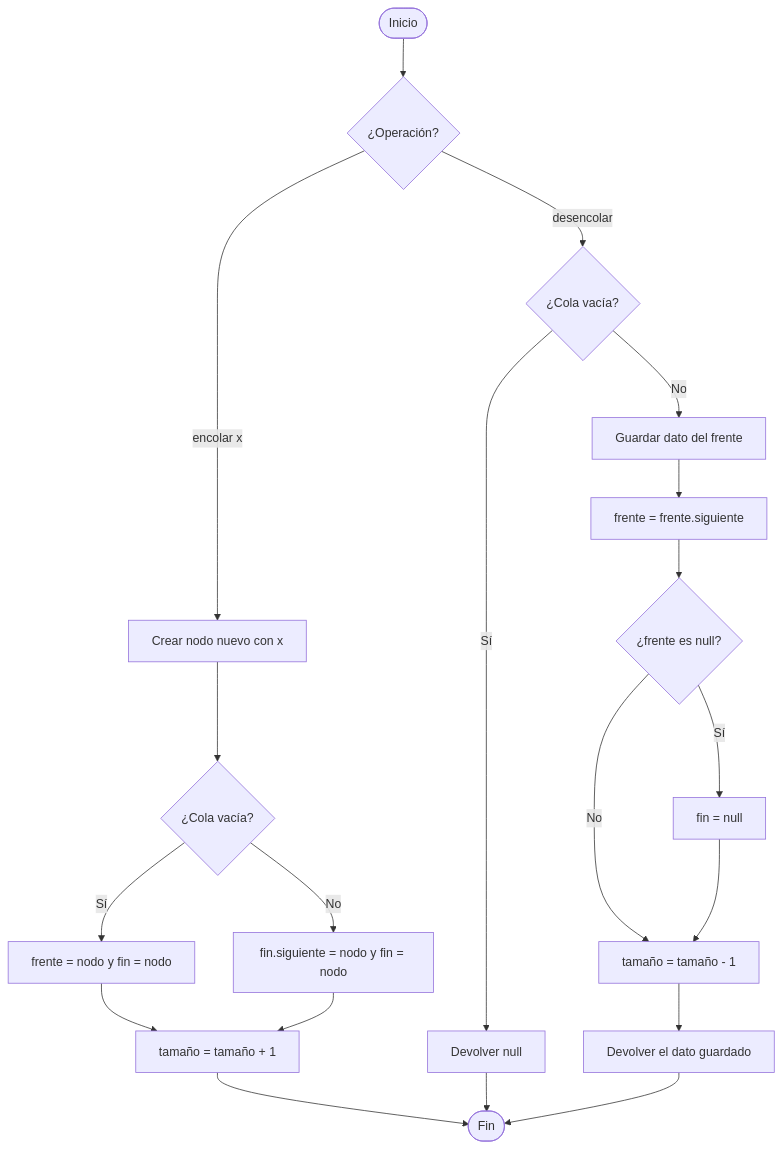
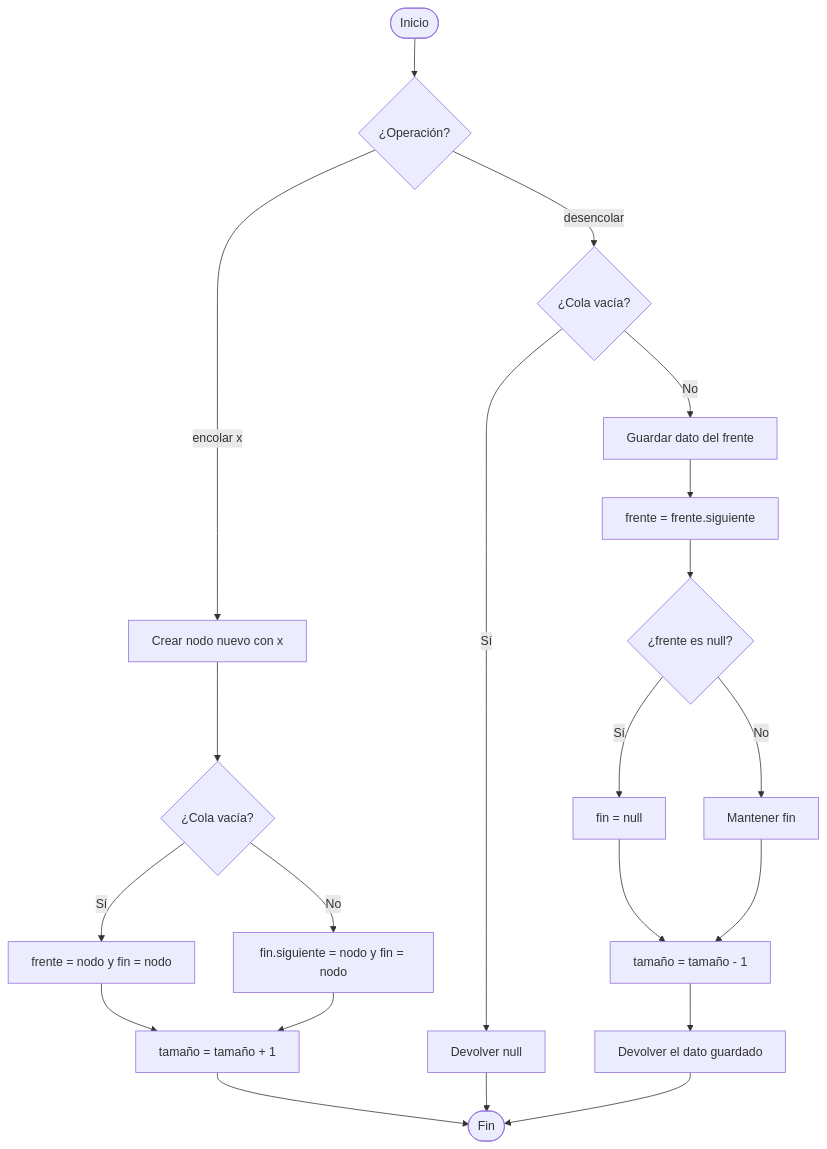
The diagram in output/diagramas/02_flujograma_cola.md (Leo23new/ProyectoGrupo3), drawn with Mermaid before and after one commit. The commit also changed other lines of this file and 32 other files, not shown here.

````diff
--- a/output/diagramas/02_flujograma_cola.md
+++ b/output/diagramas/02_flujograma_cola.md
@@ -5,22 +5,23 @@
 ```mermaid
 flowchart TD
     A(["Inicio"]) --> B{"¿Operación?"}
     B -->|"encolar x"| C["Crear nodo nuevo con x"]
     C --> D{"¿Cola vacía?"}
     D -->|"Sí"| E["frente = nodo y fin = nodo"]
     D -->|"No"| F["fin.siguiente = nodo y fin = nodo"]
     E --> G["tamaño = tamaño + 1"]
     F --> G
     B -->|"desencolar"| H{"¿Cola vacía?"}
     H -->|"Sí"| I["Devolver null"]
     H -->|"No"| J["Guardar dato del frente"]
     J --> K["frente = frente.siguiente"]
     K --> L{"¿frente es null?"}
     L -->|"Sí"| M["fin = null"]
-    L -->|"No"| N["tamaño = tamaño - 1"]
-    M --> N
-    N --> O["Devolver el dato guardado"]
+    L -->|"No"| N["Mantener fin"]
+    M --> O["tamaño = tamaño - 1"]
+    N --> O
+    O --> P["Devolver el dato guardado"]
     G --> Z(["Fin"])
     I --> Z
-    O --> Z
+    P --> Z
 ```
````
